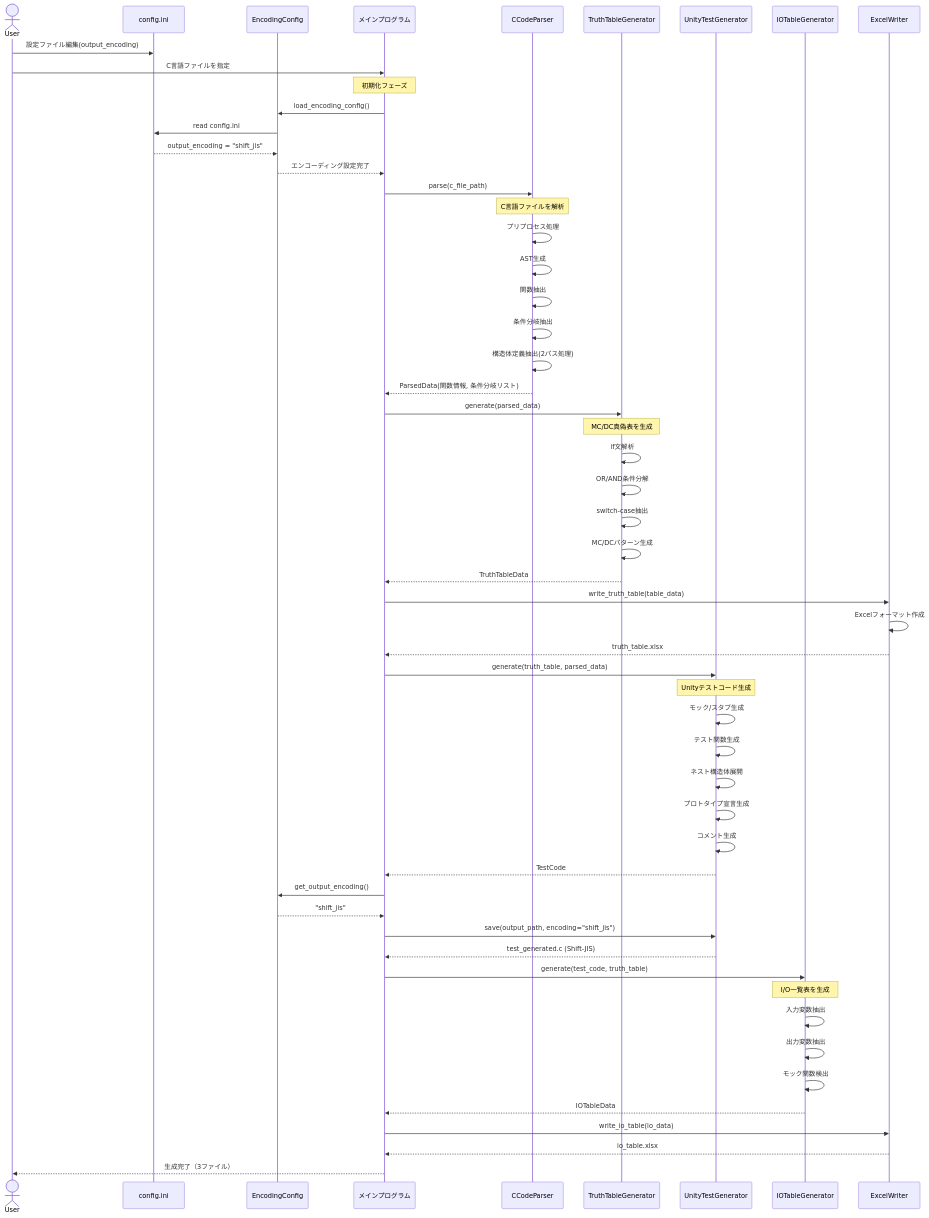
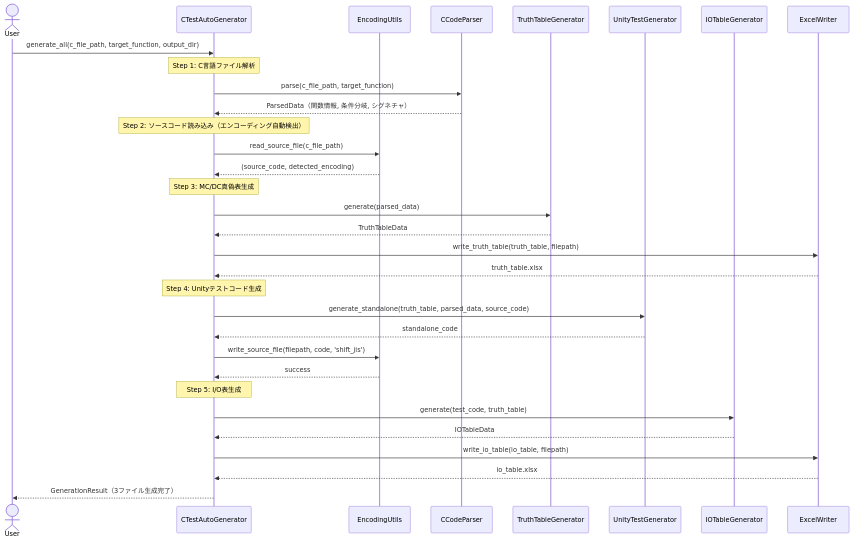
The first of 7 diagrams in doc/design_sequence_diagram.md (ryu5791/AutoUniTestGen), drawn with Mermaid before and after one commit. The commit also changed other lines of this file and 4 other files, not shown here.

````diff
--- a/doc/design_sequence_diagram.md
+++ b/doc/design_sequence_diagram.md
@@ -5,69 +15,44 @@
 ```mermaid
 sequenceDiagram
     actor User
-    participant Config as config.ini
-    participant EncConfig as EncodingConfig
-    participant Main as メインプログラム
+    participant Main as CTestAutoGenerator
+    participant Encoding as EncodingUtils
     participant Parser as CCodeParser
     participant TruthTable as TruthTableGenerator
     participant TestGen as UnityTestGenerator
     participant IOTable as IOTableGenerator
     participant Excel as ExcelWriter
 
-    User->>Config: 設定ファイル編集(output_encoding)
-    User->>Main: C言語ファイルを指定
+    User->>Main: generate_all(c_file_path, target_function, output_dir)
     
-    Note over Main: 初期化フェーズ
-    Main->>EncConfig: load_encoding_config()
-    EncConfig->>Config: read config.ini
-    Config-->>EncConfig: output_encoding = "shift_jis"
-    EncConfig-->>Main: エンコーディング設定完了
+    Note over Main: Step 1: C言語ファイル解析
+    Main->>Parser: parse(c_file_path, target_function)
+    Parser-->>Main: ParsedData（関数情報, 条件分岐, シグネチャ）
     
-    Main->>Parser: parse(c_file_path)
+    Note over Main: Step 2: ソースコード読み込み（エンコーディング自動検出）
+    Main->>Encoding: read_source_file(c_file_path)
+    Encoding-->>Main: (source_code, detected_encoding)
     
-    Note over Parser: C言語ファイルを解析
-    Parser->>Parser: プリプロセス処理
-    Parser->>Parser: AST生成
-    Parser->>Parser: 関数抽出
-    Parser->>Parser: 条件分岐抽出
-    Parser->>Parser: 構造体定義抽出(2パス処理)
-    Parser-->>Main: ParsedData(関数情報, 条件分岐リスト)
-    
+    Note over Main: Step 3: MC/DC真偽表生成
     Main->>TruthTable: generate(parsed_data)
-    Note over TruthTable: MC/DC真偽表を生成
-    TruthTable->>TruthTable: if文解析
-    TruthTable->>TruthTable: OR/AND条件分解
-    TruthTable->>TruthTable: switch-case抽出
-    TruthTable->>TruthTable: MC/DCパターン生成
     TruthTable-->>Main: TruthTableData
     
-    Main->>Excel: write_truth_table(table_data)
-    Excel->>Excel: Excelフォーマット作成
+    Main->>Excel: write_truth_table(truth_table, filepath)
     Excel-->>Main: truth_table.xlsx
     
-    Main->>TestGen: generate(truth_table, parsed_data)
-    Note over TestGen: Unityテストコード生成
-    TestGen->>TestGen: モック/スタブ生成
-    TestGen->>TestGen: テスト関数生成
-    TestGen->>TestGen: ネスト構造体展開
-    TestGen->>TestGen: プロトタイプ宣言生成
-    TestGen->>TestGen: コメント生成
-    TestGen-->>Main: TestCode
+    Note over Main: Step 4: Unityテストコード生成
+    Main->>TestGen: generate_standalone(truth_table, parsed_data, source_code)
+    TestGen-->>Main: standalone_code
     
-    Main->>EncConfig: get_output_encoding()
-    EncConfig-->>Main: "shift_jis"
-    Main->>TestGen: save(output_path, encoding="shift_jis")
-    TestGen-->>Main: test_generated.c (Shift-JIS)
+    Main->>Encoding: write_source_file(filepath, code, 'shift_jis')
+    Encoding-->>Main: success
     
+    Note over Main: Step 5: I/O表生成
     Main->>IOTable: generate(test_code, truth_table)
-    Note over IOTable: I/O一覧表を生成
-    IOTable->>IOTable: 入力変数抽出
-    IOTable->>IOTable: 出力変数抽出
-    IOTable->>IOTable: モック関数検出
     IOTable-->>Main: IOTableData
     
-    Main->>Excel: write_io_table(io_data)
+    Main->>Excel: write_io_table(io_table, filepath)
     Excel-->>Main: io_table.xlsx
     
-    Main-->>User: 生成完了（3ファイル）
+    Main-->>User: GenerationResult（3ファイル生成完了）
 ```
````
